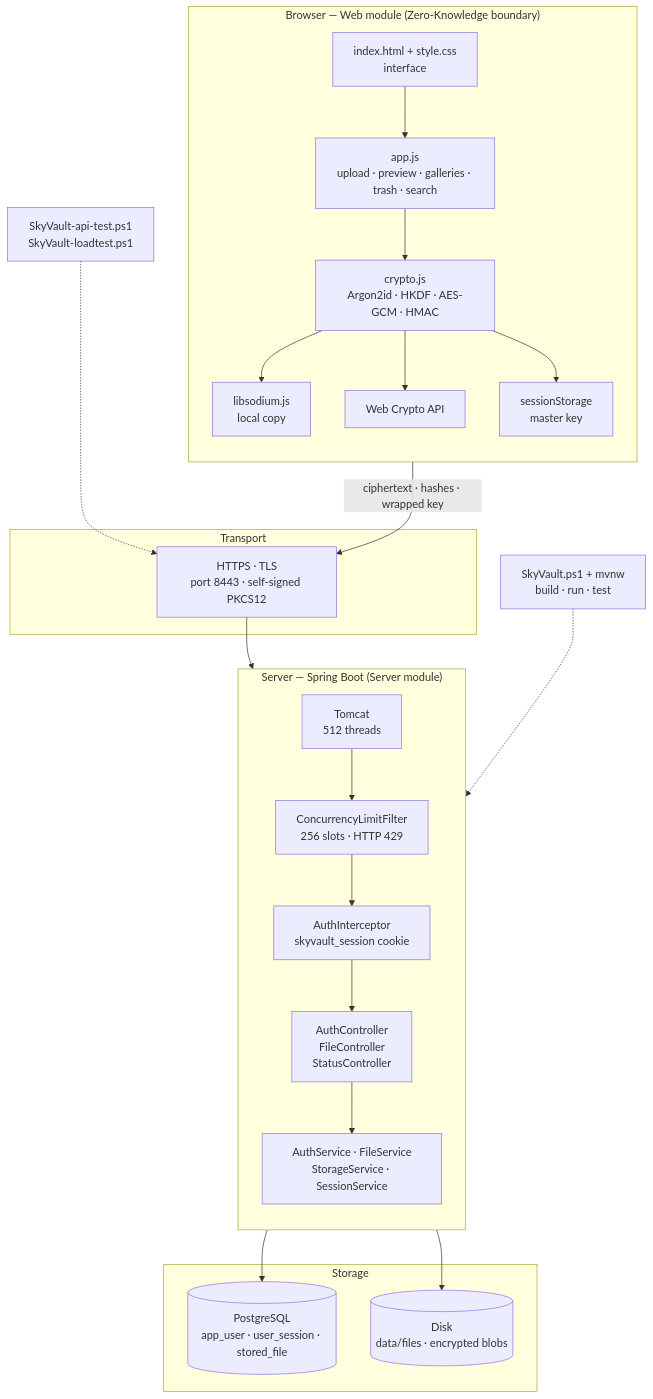
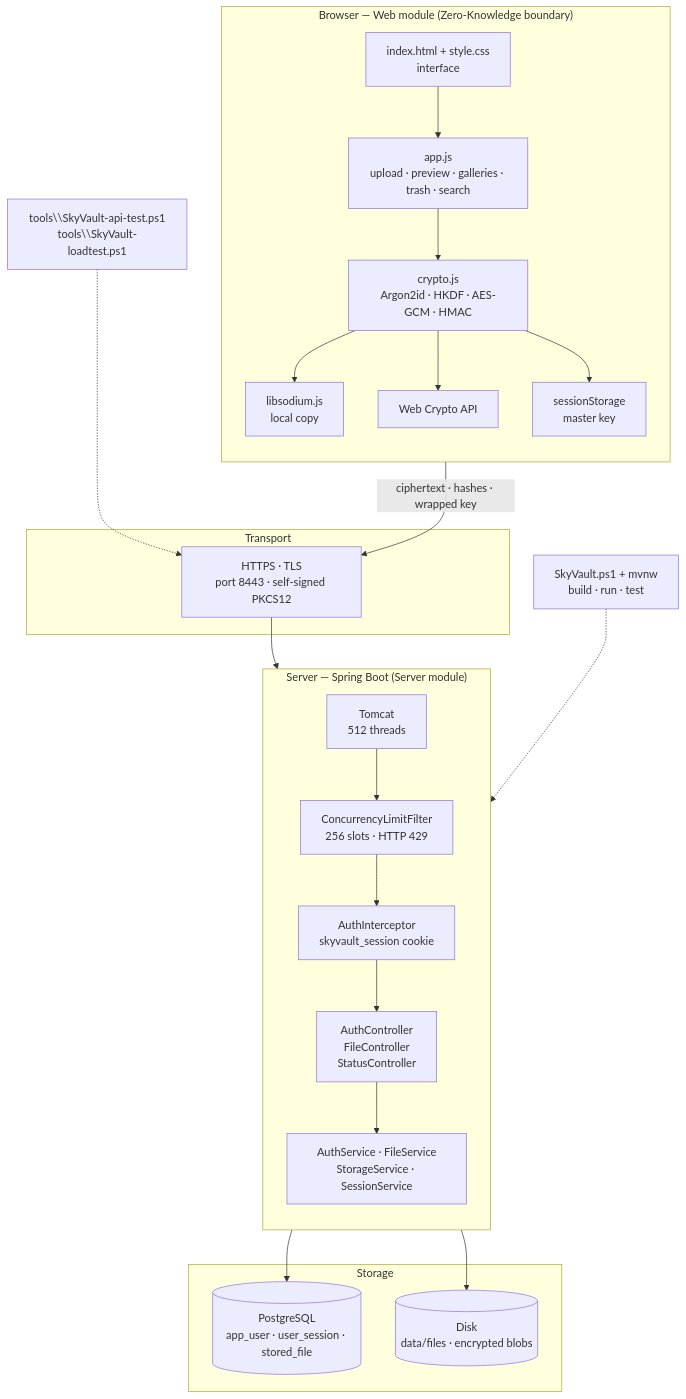
The first of 2 diagrams in README.md (AfroMurzynLover69/SkyVaultV2), drawn with Mermaid before and after one commit. The commit also changed other lines of this file and 2 other files, not shown here.

Commit message:
Move API and load test scripts to tools directory

````diff
--- a/README.md
+++ b/README.md
@@ -68,49 +68,49 @@
 ```mermaid
 flowchart TB
     subgraph CLIENT["Browser — Web module (Zero-Knowledge boundary)"]
         direction TB
         UI["index.html + style.css<br/>interface"]
         APP["app.js<br/>upload · preview · galleries · trash · search"]
         CRYPTO["crypto.js<br/>Argon2id · HKDF · AES-GCM · HMAC"]
         SODIUM["libsodium.js<br/>local copy"]
         WEBCRYPTO["Web Crypto API"]
         SESSION["sessionStorage<br/>master key"]
         UI --> APP
         APP --> CRYPTO
         CRYPTO --> SODIUM
         CRYPTO --> WEBCRYPTO
         CRYPTO --> SESSION
     end
 
     subgraph TRANSPORT["Transport"]
         TLS["HTTPS · TLS<br/>port 8443 · self-signed PKCS12"]
     end
 
     subgraph SERVER["Server — Spring Boot (Server module)"]
         direction TB
         TOMCAT["Tomcat<br/>512 threads"]
         LIMIT["ConcurrencyLimitFilter<br/>256 slots · HTTP 429"]
         AUTH["AuthInterceptor<br/>skyvault_session cookie"]
         CTRL["AuthController<br/>FileController<br/>StatusController"]
         SERVICES["AuthService · FileService<br/>StorageService · SessionService"]
         TOMCAT --> LIMIT
         LIMIT --> AUTH
         AUTH --> CTRL
         CTRL --> SERVICES
     end
 
     subgraph STORAGE["Storage"]
         PG[("PostgreSQL<br/>app_user · user_session · stored_file")]
         DISK[("Disk<br/>data/files · encrypted blobs")]
     end
 
     LAUNCHER["SkyVault.ps1 + mvnw<br/>build · run · test"]
-    TESTS["SkyVault-api-test.ps1<br/>SkyVault-loadtest.ps1"]
+    TESTS["tools\\SkyVault-api-test.ps1<br/>tools\\SkyVault-loadtest.ps1"]
 
     CRYPTO -- "ciphertext · hashes · wrapped key" --> TLS
     TLS --> TOMCAT
     SERVICES --> PG
     SERVICES --> DISK
     LAUNCHER -.-> TOMCAT
     TESTS -.-> TLS
 ```
````
